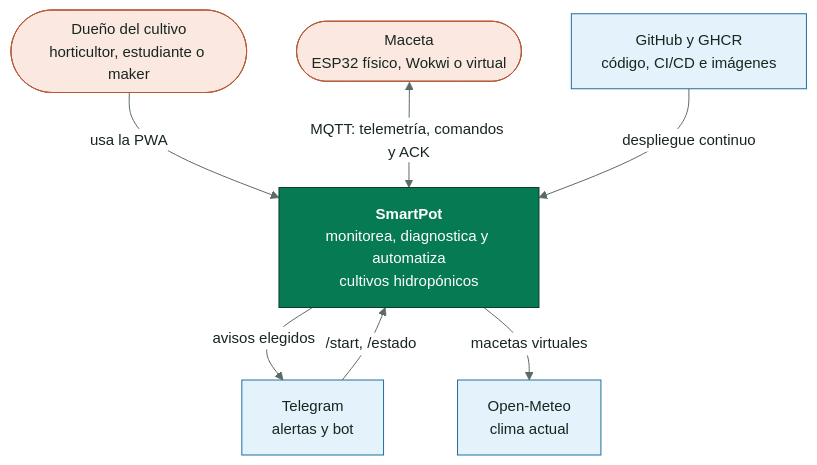
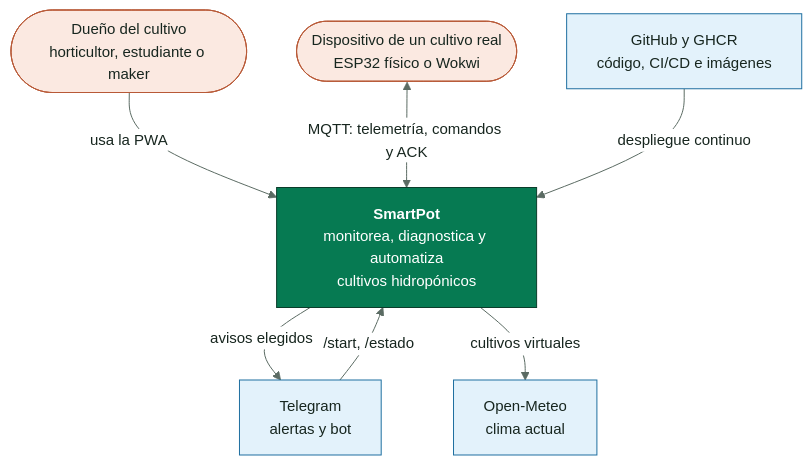
The diagram in docs/diagrams/SmartPot_26_C4_Context.mmd (SmartPotTech/.github), drawn with Mermaid before and after one commit.

Commit message:
Show the device of real crops in the context diagram

```diff
--- a/docs/diagrams/SmartPot_26_C4_Context.mmd
+++ b/docs/diagrams/SmartPot_26_C4_Context.mmd
@@ -1,24 +1,24 @@
 %%{init: {"theme": "base", "fontFamily": "Segoe UI, Arial, sans-serif", "themeVariables": {"fontFamily": "Segoe UI, Arial, sans-serif", "fontSize": "15px", "primaryColor": "#DDF5EA", "primaryTextColor": "#17261F", "primaryBorderColor": "#067A52", "secondaryColor": "#E3F2FB", "secondaryTextColor": "#17261F", "secondaryBorderColor": "#1F6FA0", "tertiaryColor": "#F2F7F4", "tertiaryTextColor": "#17261F", "tertiaryBorderColor": "#D5E3DC", "lineColor": "#5B6B63", "textColor": "#17261F", "mainBkg": "#DDF5EA", "nodeBorder": "#067A52", "clusterBkg": "#F7FAF8", "clusterBorder": "#D5E3DC", "edgeLabelBackground": "#FFFFFF", "actorBkg": "#067A52", "actorBorder": "#0B3D2B", "actorTextColor": "#FFFFFF", "actorLineColor": "#5B6B63", "signalColor": "#17261F", "signalTextColor": "#17261F", "labelBoxBkgColor": "#0B3D2B", "labelBoxBorderColor": "#0B3D2B", "labelTextColor": "#FFFFFF", "loopTextColor": "#0B3D2B", "noteBkgColor": "#FDF4DD", "noteBorderColor": "#C98D12", "noteTextColor": "#17261F", "activationBkgColor": "#DDF5EA", "activationBorderColor": "#067A52", "attributeBackgroundColorOdd": "#FFFFFF", "attributeBackgroundColorEven": "#F2F7F4"}}}%%
 flowchart TB
   persona(["Dueño del cultivo<br/>horticultor, estudiante o maker"])
   smartpot["<b>SmartPot</b><br/>monitorea, diagnostica y automatiza<br/>cultivos hidropónicos"]
-  maceta(["Maceta<br/>ESP32 físico, Wokwi o virtual"])
+  maceta(["Dispositivo de un cultivo real<br/>ESP32 físico o Wokwi"])
   telegram["Telegram<br/>alertas y bot"]
   clima["Open-Meteo<br/>clima actual"]
   github["GitHub y GHCR<br/>código, CI/CD e imágenes"]
   persona -->|"usa la PWA"| smartpot
   maceta <-->|"MQTT: telemetría, comandos y ACK"| smartpot
   smartpot -->|"avisos elegidos"| telegram
   telegram -->|"/start, /estado"| smartpot
-  smartpot -->|"macetas virtuales"| clima
+  smartpot -->|"cultivos virtuales"| clima
   github -->|"despliegue continuo"| smartpot
   classDef leaf fill:#DDF5EA,stroke:#067A52,color:#17261F
   classDef water fill:#E3F2FB,stroke:#1F6FA0,color:#17261F
   classDef sun fill:#FDF4DD,stroke:#C98D12,color:#17261F
   classDef clay fill:#FBE9E1,stroke:#B85A38,color:#17261F
   classDef core fill:#067A52,stroke:#0B3D2B,color:#FFFFFF
   classDef deep fill:#0B3D2B,stroke:#06281C,color:#FFFFFF
   classDef muted fill:#F2F7F4,stroke:#5B6B63,color:#17261F
   class persona,maceta clay
   class smartpot core
   class telegram,clima,github water
```
